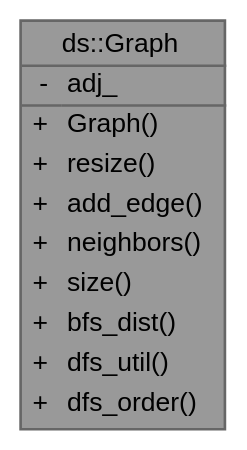
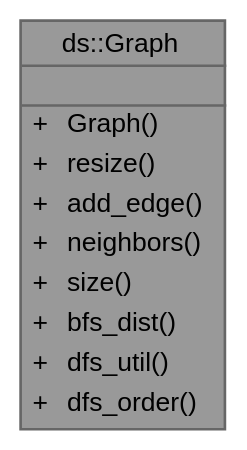
Before and after one commit to mustafayldrnn/cen207-2025-2026-5-Mustafa-Yildirimm-cpp: the diagram in docs/doxygenlibwin/rtf/classds_1_1_graph__coll__graph.dot, drawn with Graphviz. The commit also changed 1511 other files, not shown here.

```diff
--- a/docs/doxygenlibwin/rtf/classds_1_1_graph__coll__graph.dot
+++ b/docs/doxygenlibwin/rtf/classds_1_1_graph__coll__graph.dot
@@ -1,22 +1,22 @@
 digraph "ds::Graph"
 {
  // INTERACTIVE_SVG=YES
  // LATEX_PDF_SIZE
   bgcolor="transparent";
   edge [fontname=Helvetica,fontsize=10,labelfontname=Helvetica,labelfontsize=10];
   node [fontname=Helvetica,fontsize=10,shape=box,height=0.2,width=0.4];
   Node1 [id="Node000001",shape=plain,label=<<TABLE CELLBORDER="0" BORDER="1"><TR><TD COLSPAN="2" CELLPADDING="1" CELLSPACING="0">ds::Graph</TD></TR>
 <HR/>
-<TR><TD VALIGN="top" CELLPADDING="1" CELLSPACING="0">-</TD><TD VALIGN="top" ALIGN="LEFT" CELLPADDING="1" CELLSPACING="0">adj_<BR ALIGN="LEFT"/></TD></TR>
+<TR><TD COLSPAN="2" CELLPADDING="1" CELLSPACING="0">&nbsp;</TD></TR>
 <HR/>
 <TR><TD VALIGN="top" CELLPADDING="1" CELLSPACING="0">+</TD><TD VALIGN="top" ALIGN="LEFT" CELLPADDING="1" CELLSPACING="0">Graph()<BR ALIGN="LEFT"/></TD></TR>
 <TR><TD VALIGN="top" CELLPADDING="1" CELLSPACING="0">+</TD><TD VALIGN="top" ALIGN="LEFT" CELLPADDING="1" CELLSPACING="0">resize()<BR ALIGN="LEFT"/></TD></TR>
 <TR><TD VALIGN="top" CELLPADDING="1" CELLSPACING="0">+</TD><TD VALIGN="top" ALIGN="LEFT" CELLPADDING="1" CELLSPACING="0">add_edge()<BR ALIGN="LEFT"/></TD></TR>
 <TR><TD VALIGN="top" CELLPADDING="1" CELLSPACING="0">+</TD><TD VALIGN="top" ALIGN="LEFT" CELLPADDING="1" CELLSPACING="0">neighbors()<BR ALIGN="LEFT"/></TD></TR>
 <TR><TD VALIGN="top" CELLPADDING="1" CELLSPACING="0">+</TD><TD VALIGN="top" ALIGN="LEFT" CELLPADDING="1" CELLSPACING="0">size()<BR ALIGN="LEFT"/></TD></TR>
 <TR><TD VALIGN="top" CELLPADDING="1" CELLSPACING="0">+</TD><TD VALIGN="top" ALIGN="LEFT" CELLPADDING="1" CELLSPACING="0">bfs_dist()<BR ALIGN="LEFT"/></TD></TR>
 <TR><TD VALIGN="top" CELLPADDING="1" CELLSPACING="0">+</TD><TD VALIGN="top" ALIGN="LEFT" CELLPADDING="1" CELLSPACING="0">dfs_util()<BR ALIGN="LEFT"/></TD></TR>
 <TR><TD VALIGN="top" CELLPADDING="1" CELLSPACING="0">+</TD><TD VALIGN="top" ALIGN="LEFT" CELLPADDING="1" CELLSPACING="0">dfs_order()<BR ALIGN="LEFT"/></TD></TR>
 </TABLE>>
-,height=0.2,width=0.4,color="gray40", fillcolor="grey60", style="filled", fontcolor="black",tooltip=" "];
+,height=0.2,width=0.4,color="gray40", fillcolor="grey60", style="filled", fontcolor="black",tooltip="Komşuluk listesi tabanlı grafik."];
 }
```
